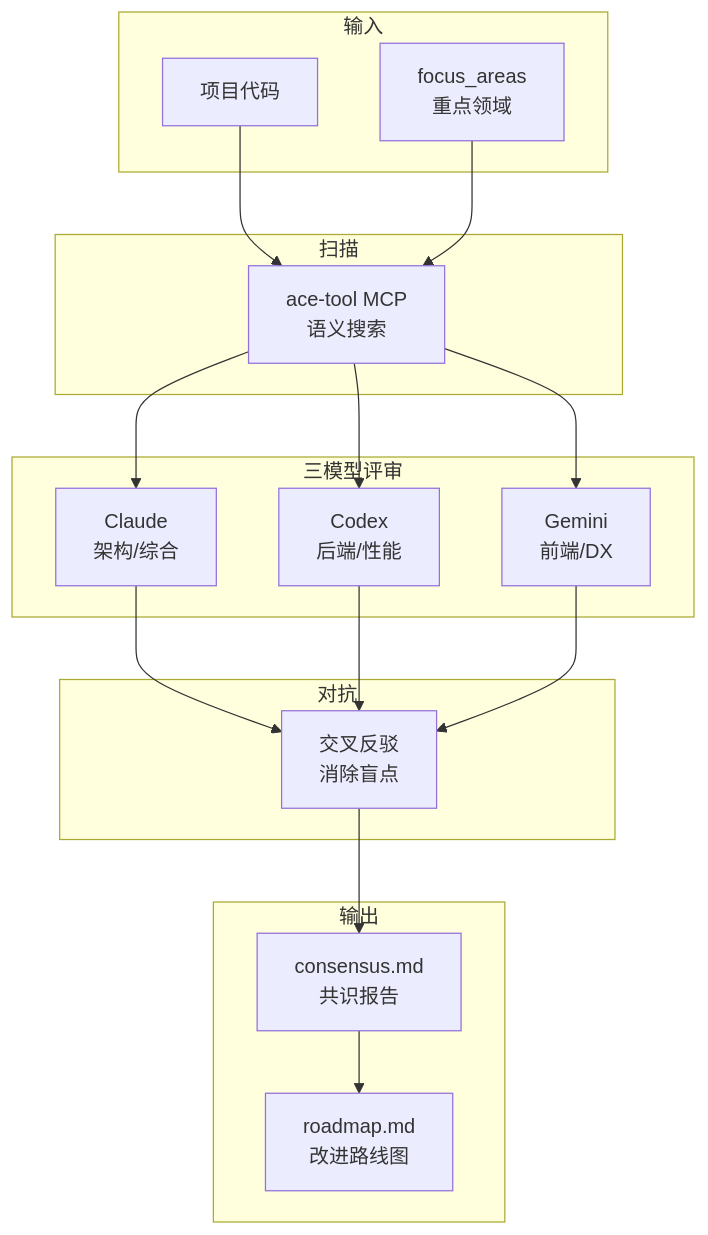
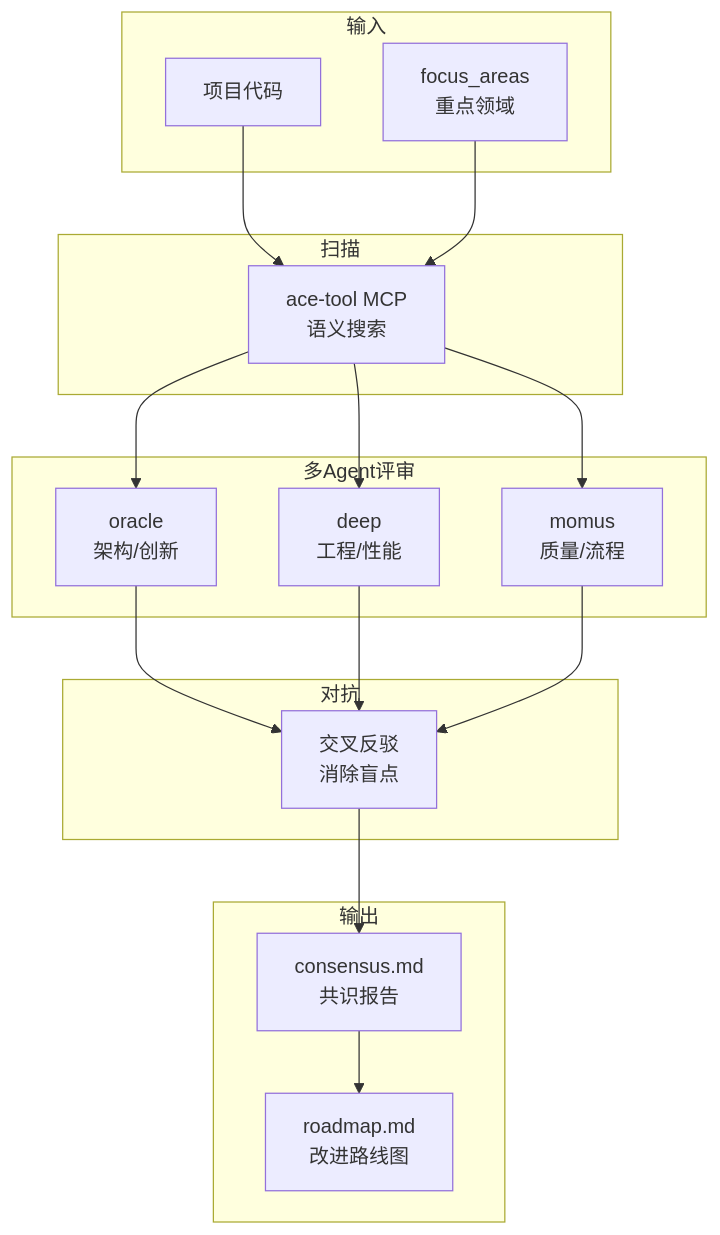
Before and after one commit to iwen-conf/Skills: the diagram in review/CLAUDE.md, drawn with Mermaid. The commit also changed other lines of this file and 10 other files, not shown here.

````diff
--- a/review/CLAUDE.md
+++ b/review/CLAUDE.md
@@ -115,37 +115,37 @@
 ```mermaid
 graph TD
     subgraph 输入
         PROJ["项目代码"]
         FOCUS["focus_areas<br/>重点领域"]
     end
 
     subgraph 扫描
         ACE["ace-tool MCP<br/>语义搜索"]
     end
 
-    subgraph 三模型评审
-        CL["Claude<br/>架构/综合"]
-        CX["Codex<br/>后端/性能"]
-        GM["Gemini<br/>前端/DX"]
+    subgraph 多Agent评审
+        OR["oracle<br/>架构/创新"]
+        DP["deep<br/>工程/性能"]
+        MM["momus<br/>质量/流程"]
     end
 
     subgraph 对抗
         CRIT["交叉反驳<br/>消除盲点"]
     end
 
     subgraph 输出
         CONS["consensus.md<br/>共识报告"]
         ROAD["roadmap.md<br/>改进路线图"]
     end
 
     PROJ --> ACE
     FOCUS --> ACE
-    ACE --> CL
-    ACE --> CX
-    ACE --> GM
-    CL --> CRIT
-    CX --> CRIT
-    GM --> CRIT
+    ACE --> OR
+    ACE --> DP
+    ACE --> MM
+    OR --> CRIT
+    DP --> CRIT
+    MM --> CRIT
     CRIT --> CONS
     CONS --> ROAD
 ```
````
